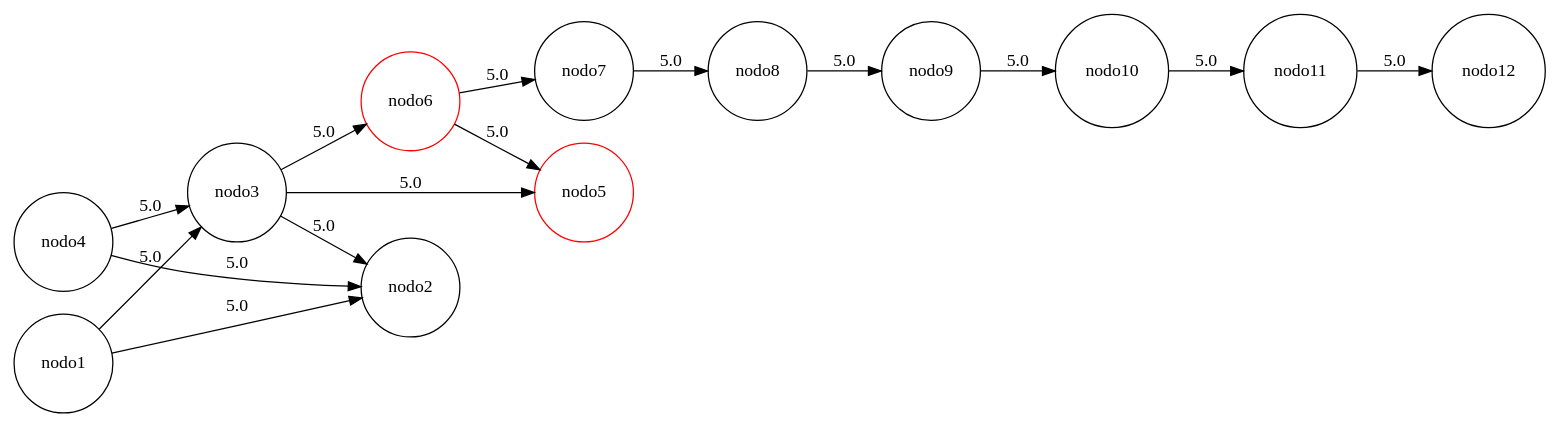
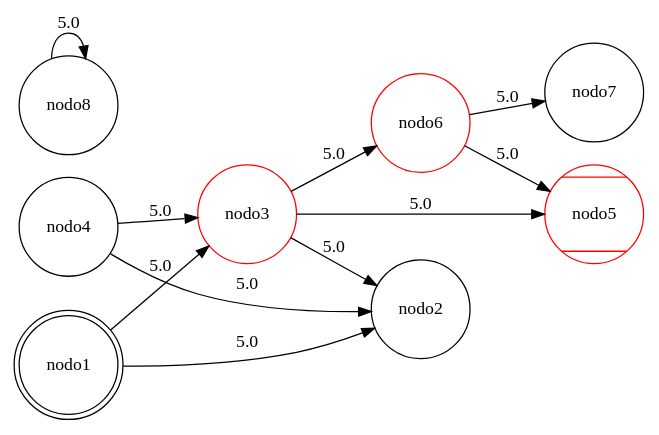
The diagram in Graficas/grafo1.dot (Yeferal/ProyectoFinalED), drawn with Graphviz before and after one commit. The commit also changed 40 other files, not shown here.

```diff
--- a/Graficas/grafo1.dot
+++ b/Graficas/grafo1.dot
@@ -1,22 +1,26 @@
 digraph A{
 node [shape = circle];
+nodo1 [shape = doublecircle];
+nodo5 [shape = Mcircle];
 nodo1 -> nodo2[label = "5.0"];
 nodo1 -> nodo3[label = "5.0"];
 nodo3 -> nodo2[label = "5.0"];
 nodo3 -> nodo5[label = "5.0"];
 nodo3 -> nodo6[label = "5.0"];
 nodo4 -> nodo3[label = "5.0"];
 nodo4 -> nodo2[label = "5.0"];
 nodo6 -> nodo5[label = "5.0"];
 nodo6 -> nodo7[label = "5.0"];
-nodo7 -> nodo8[label = "5.0"];
-nodo8 -> nodo9[label = "5.0"];
-nodo9 -> nodo10[label = "5.0"];
-nodo10 -> nodo11[label = "5.0"];
-nodo11 -> nodo12[label = "5.0"];
+nodo8 -> nodo8[label = "5.0"];
+nodo5 [color = red];
+nodo3 [color = red];
+nodo3 [color = red];
+nodo5 [color = red];
 nodo5 [color = red];
 nodo6 [color = red];
+nodo3 [color = red];
+nodo3 [color = red];
 nodo6 [color = red];
 nodo5 [color = red];
 rankdir=LR;
 }
```
